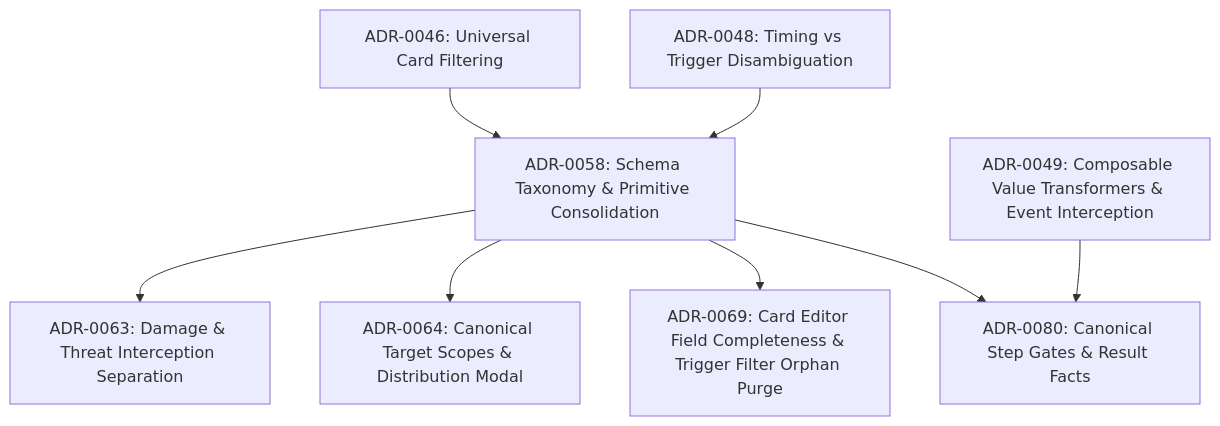
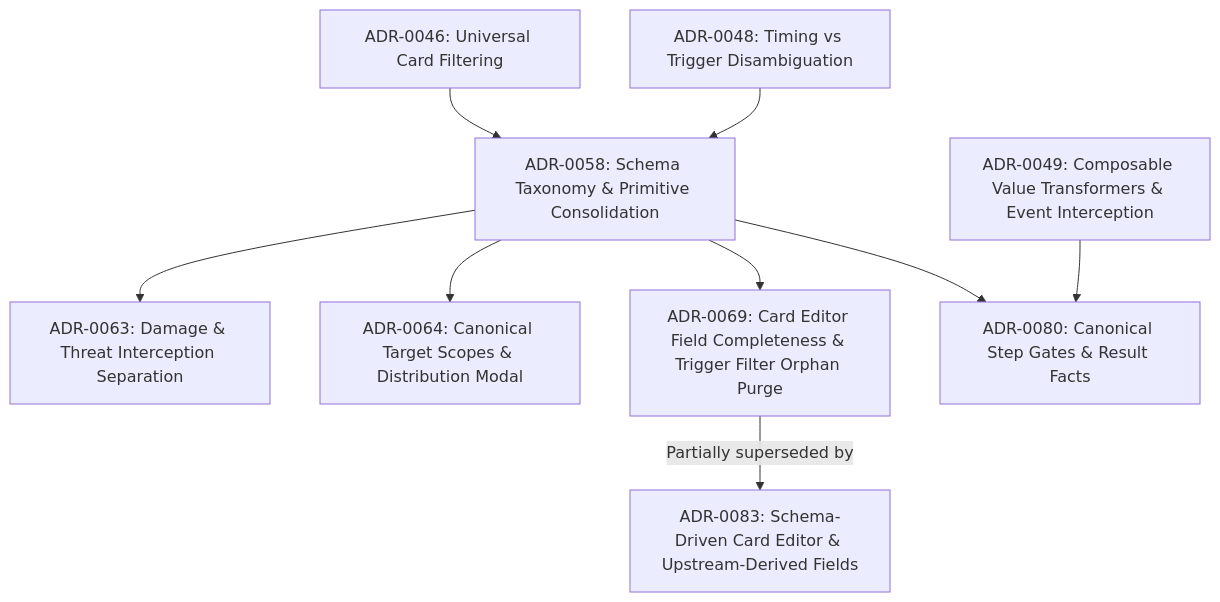
The fourth of 6 diagrams in docs/decisions/README.md (SteveRodrigue/MCD), drawn with Mermaid before and after one commit. The commit also changed other lines of this file and 29 other files, not shown here.

First line of the commit message:
docs(docs): Add ADR-0083, editor/schema parity guard and spec updates (Refs #319)

````diff
--- a/docs/decisions/README.md
+++ b/docs/decisions/README.md
@@ -52,10 +52,11 @@
 ```mermaid
 graph TD
     ADR46["ADR-0046: Universal Card Filtering"] --> ADR58["ADR-0058: Schema Taxonomy & Primitive Consolidation"]
     ADR48["ADR-0048: Timing vs Trigger Disambiguation"] --> ADR58
     ADR58 --> ADR63["ADR-0063: Damage & Threat Interception Separation"]
     ADR58 --> ADR64["ADR-0064: Canonical Target Scopes & Distribution Modal"]
     ADR58 --> ADR69["ADR-0069: Card Editor Field Completeness & Trigger Filter Orphan Purge"]
+    ADR69 -->|Partially superseded by| ADR83["ADR-0083: Schema-Driven Card Editor & Upstream-Derived Fields"]
     ADR49["ADR-0049: Composable Value Transformers & Event Interception"] --> ADR80["ADR-0080: Canonical Step Gates & Result Facts"]
     ADR58 --> ADR80
 ```
````
